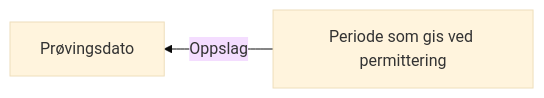
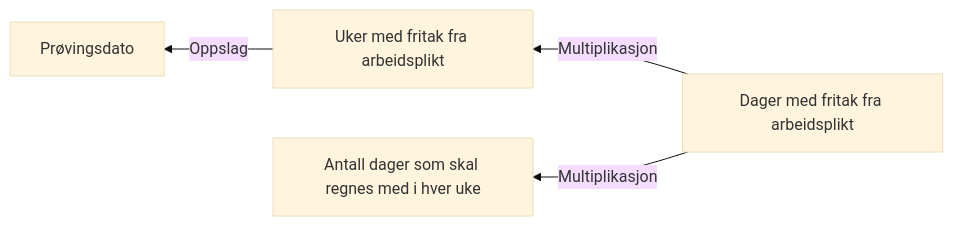
Before and after one commit to navikt/dp-behandling: the diagram in docs/regler/§ 4-7 Permittering (fastsetting).approved.md, drawn with Mermaid (base theme). The commit also changed 10 other files, not shown here.

````diff
--- a/docs/regler/§ 4-7 Permittering (fastsetting).approved.md
+++ b/docs/regler/§ 4-7 Permittering (fastsetting).approved.md
@@ -5,4 +5,6 @@
 ```mermaid
 graph RL
-  A["Periode som gis ved permittering"] -->|"Oppslag"| B["Prøvingsdato"]
+  A["Uker med fritak fra arbeidsplikt"] -->|"Oppslag"| B["Prøvingsdato"]
+  C["Dager med fritak fra arbeidsplikt"] -->|"Multiplikasjon"| A["Uker med fritak fra arbeidsplikt"]
+  C["Dager med fritak fra arbeidsplikt"] -->|"Multiplikasjon"| D["Antall dager som skal regnes med i hver uke"]
 ```
````
